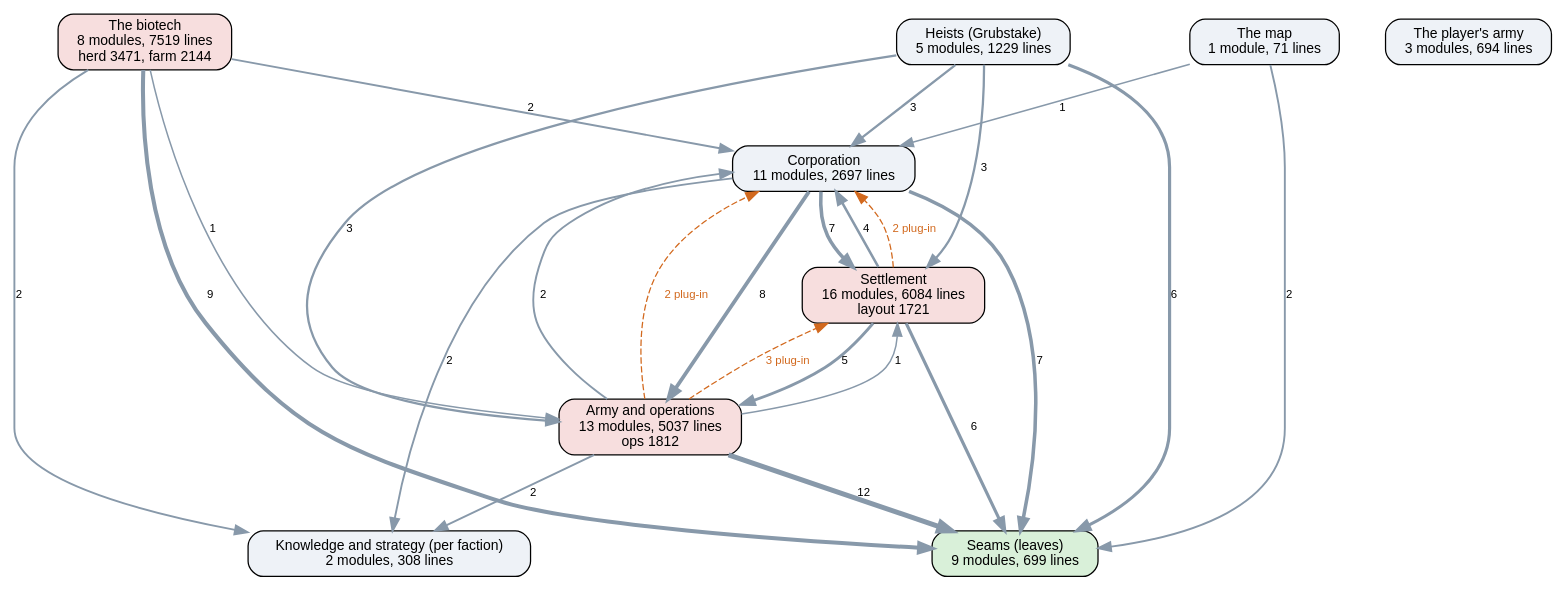
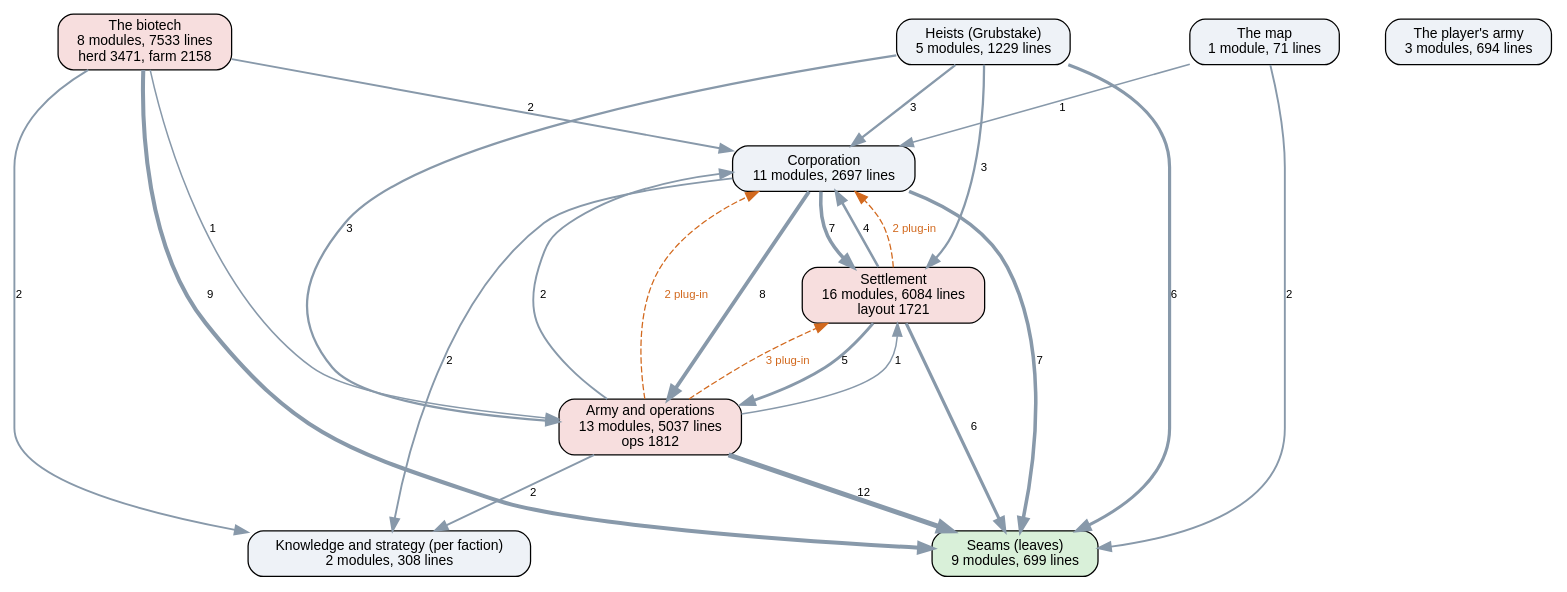
The diagram in docs/ai-layers.dot (kinelhu/landing-party), drawn with Graphviz before and after one commit. The commit also changed 9 other files, not shown here.

```diff
--- a/docs/ai-layers.dot
+++ b/docs/ai-layers.dot
@@ -1,38 +1,38 @@
 digraph layers {
   graph [rankdir=TB, fontname="Helvetica", nodesep=0.5, ranksep=0.7];
   node [shape=box, style="rounded,filled", fontname="Helvetica", fontsize=11, fillcolor="#eef2f7"];
   edge [color="#8899aa", fontname="Helvetica", fontsize=9];
   "Seams (leaves)" [label="Seams (leaves)\n9 modules, 699 lines", fillcolor="#d9f0d9"];
   "Knowledge and strategy (per faction)" [label="Knowledge and strategy (per faction)\n2 modules, 308 lines", fillcolor="#eef2f7"];
   "Corporation" [label="Corporation\n11 modules, 2697 lines", fillcolor="#eef2f7"];
   "Settlement" [label="Settlement\n16 modules, 6084 lines\nlayout 1721", fillcolor="#f7dede"];
   "Army and operations" [label="Army and operations\n13 modules, 5037 lines\nops 1812", fillcolor="#f7dede"];
   "Heists (Grubstake)" [label="Heists (Grubstake)\n5 modules, 1229 lines", fillcolor="#eef2f7"];
-  "The biotech" [label="The biotech\n8 modules, 7519 lines\nherd 3471, farm 2144", fillcolor="#f7dede"];
+  "The biotech" [label="The biotech\n8 modules, 7533 lines\nherd 3471, farm 2158", fillcolor="#f7dede"];
   "The map" [label="The map\n1 module, 71 lines", fillcolor="#eef2f7"];
   "The player's army" [label="The player's army\n3 modules, 694 lines", fillcolor="#eef2f7"];
   "Army and operations" -> "Corporation" [label="2", penwidth=1.5];
   "Army and operations" -> "Knowledge and strategy (per faction)" [label="2", penwidth=1.5];
   "Army and operations" -> "Seams (leaves)" [label="12", penwidth=4.0];
   "Army and operations" -> "Settlement" [label="1", penwidth=1.2];
   "Corporation" -> "Army and operations" [label="8", penwidth=3.0];
   "Corporation" -> "Knowledge and strategy (per faction)" [label="2", penwidth=1.5];
   "Corporation" -> "Seams (leaves)" [label="7", penwidth=2.8];
   "Corporation" -> "Settlement" [label="7", penwidth=2.8];
   "Heists (Grubstake)" -> "Army and operations" [label="3", penwidth=1.8];
   "Heists (Grubstake)" -> "Corporation" [label="3", penwidth=1.8];
   "Heists (Grubstake)" -> "Seams (leaves)" [label="6", penwidth=2.5];
   "Heists (Grubstake)" -> "Settlement" [label="3", penwidth=1.8];
   "Settlement" -> "Army and operations" [label="5", penwidth=2.2];
   "Settlement" -> "Corporation" [label="4", penwidth=2.0];
   "Settlement" -> "Seams (leaves)" [label="6", penwidth=2.5];
   "The biotech" -> "Army and operations" [label="1", penwidth=1.2];
   "The biotech" -> "Corporation" [label="2", penwidth=1.5];
   "The biotech" -> "Knowledge and strategy (per faction)" [label="2", penwidth=1.5];
   "The biotech" -> "Seams (leaves)" [label="9", penwidth=3.2];
   "The map" -> "Corporation" [label="1", penwidth=1.2];
   "The map" -> "Seams (leaves)" [label="2", penwidth=1.5];
   "Army and operations" -> "Corporation" [style=dashed, color="#d2691e", fontcolor="#d2691e", label="2 plug-in"];
   "Army and operations" -> "Settlement" [style=dashed, color="#d2691e", fontcolor="#d2691e", label="3 plug-in"];
   "Settlement" -> "Corporation" [style=dashed, color="#d2691e", fontcolor="#d2691e", label="2 plug-in"];
 }
```
